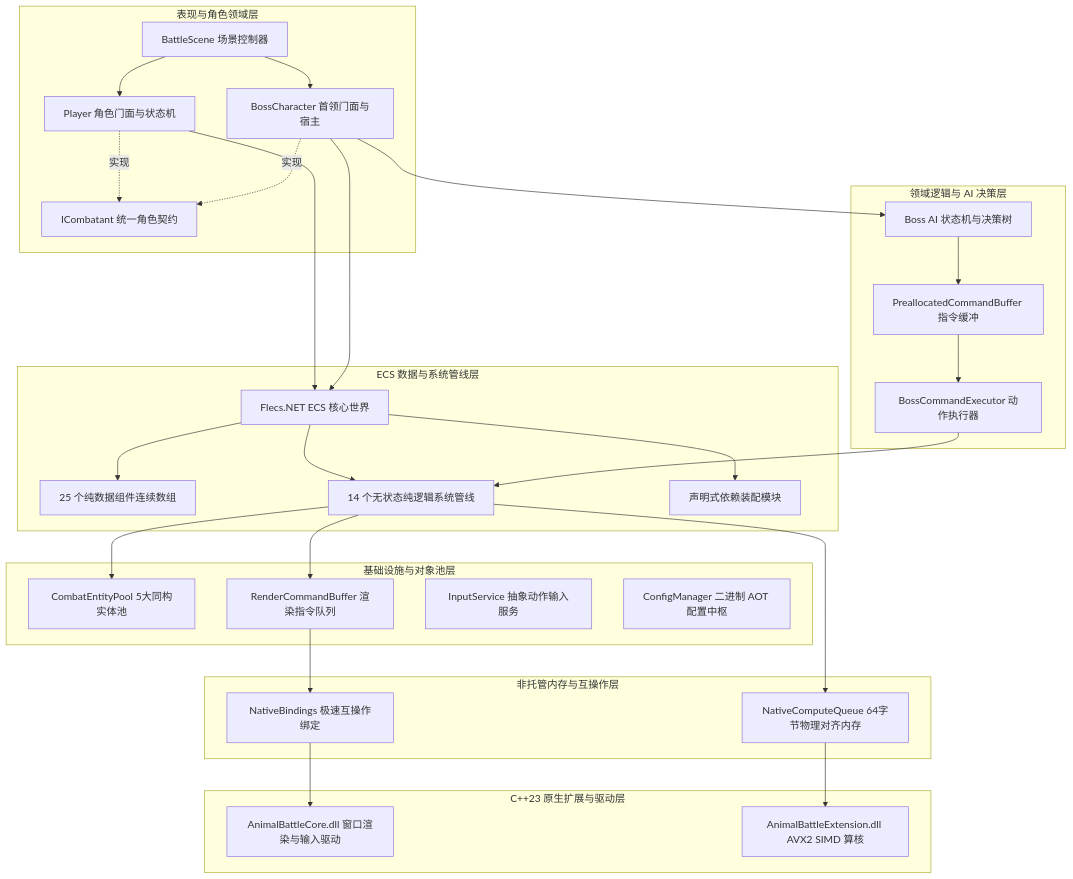
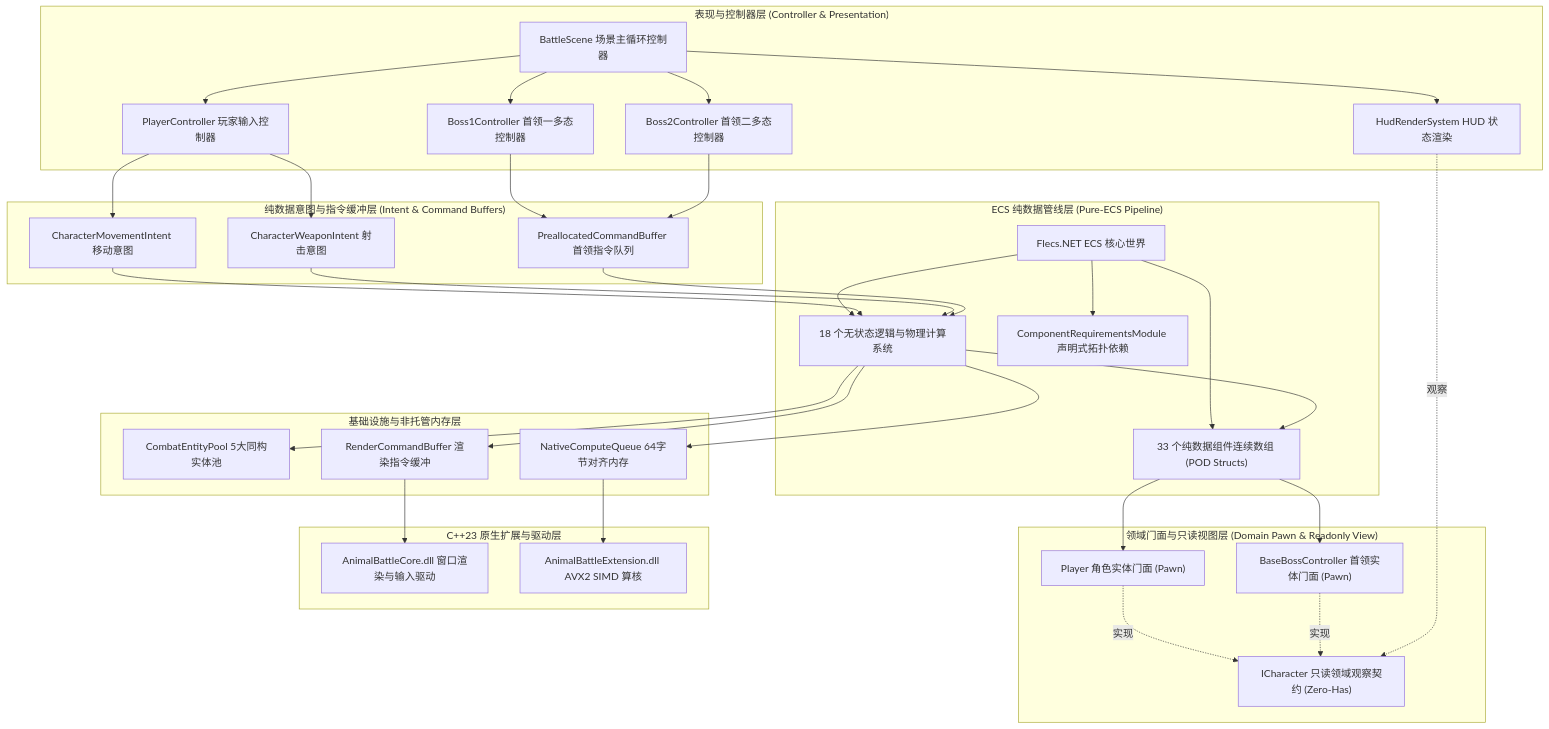
One commit to MeiTozawa/AnimalBattle changed the first of 3 diagrams in ARCHITECTURE_zh.md. Above: the diagram before and after it, drawn with Mermaid. The commit also changed other lines of this file, not shown here.

````diff
--- a/ARCHITECTURE_zh.md
+++ b/ARCHITECTURE_zh.md
@@ -11,58 +11,66 @@
 ```mermaid
 flowchart TD
-    subgraph Layer5["表现与角色领域层"]
-        BattleScene["BattleScene 场景控制器"]
-        ICombatant["ICombatant 统一角色契约"]
-        Player["Player 角色门面与状态机"]
-        Boss["BossCharacter 首领门面与宿主"]
-        Player -.实现.-> ICombatant
-        Boss -.实现.-> ICombatant
-        BattleScene --> Player
-        BattleScene --> Boss
+    subgraph Layer5["表现与控制器层 (Controller & Presentation)"]
+        BattleScene["BattleScene 场景主循环控制器"]
+        PlayerCtrl["PlayerController 玩家输入控制器"]
+        Boss1Ctrl["Boss1Controller 首领一多态控制器"]
+        Boss2Ctrl["Boss2Controller 首领二多态控制器"]
+        HudSystem["HudRenderSystem HUD 状态渲染"]
+        BattleScene --> PlayerCtrl
+        BattleScene --> Boss1Ctrl
+        BattleScene --> Boss2Ctrl
+        BattleScene --> HudSystem
     end
 
-    subgraph Layer4["领域逻辑与 AI 决策层"]
-        AISystem["Boss AI 状态机与决策树"]
-        CmdBuffer["PreallocatedCommandBuffer 指令缓冲"]
-        Executor["BossCommandExecutor 动作执行器"]
-        AISystem --> CmdBuffer --> Executor
-        Boss --> AISystem
+    subgraph Layer4["纯数据意图与指令缓冲层 (Intent & Command Buffers)"]
+        MoveIntent["CharacterMovementIntent 移动意图"]
+        WeaponIntent["CharacterWeaponIntent 射击意图"]
+        CmdBuffer["PreallocatedCommandBuffer 首领指令队列"]
+        PlayerCtrl --> MoveIntent
+        PlayerCtrl --> WeaponIntent
+        Boss1Ctrl --> CmdBuffer
+        Boss2Ctrl --> CmdBuffer
     end
 
-    subgraph Layer3["ECS 数据与系统管线层"]
+    subgraph Layer3["ECS 纯数据管线层 (Pure-ECS Pipeline)"]
         FlecsWorld["Flecs.NET ECS 核心世界"]
-        Components["25 个纯数据组件连续数组"]
-        Systems["14 个无状态纯逻辑系统管线"]
-        Modules["声明式依赖装配模块"]
+        Components["33 个纯数据组件连续数组 (POD Structs)"]
+        Systems["18 个无状态逻辑与物理计算系统"]
+        Modules["ComponentRequirementsModule 声明式拓扑依赖"]
         FlecsWorld --> Components
         FlecsWorld --> Systems
         FlecsWorld --> Modules
     end
 
-    subgraph Layer2["基础设施与对象池层"]
-        EntityPools["CombatEntityPool 5大同构实体池"]
-        RenderBuffer["RenderCommandBuffer 渲染指令队列"]
-        InputService["InputService 抽象动作输入服务"]
-        ConfigMgr["ConfigManager 二进制 AOT 配置中枢"]
-        Systems --> EntityPools
-        Systems --> RenderBuffer
+    subgraph Layer2["领域门面与只读视图层 (Domain Pawn & Readonly View)"]
+        IChar["ICharacter 只读领域观察契约 (Zero-Has)"]
+        PlayerPawn["Player 角色实体门面 (Pawn)"]
+        BossPawn["BaseBossController 首领实体门面 (Pawn)"]
+        PlayerPawn -.实现.-> IChar
+        BossPawn -.实现.-> IChar
+        HudSystem -.观察.-> IChar
     end
 
-    subgraph Layer1["非托管内存与互操作层"]
-        NativeQueue["NativeComputeQueue 64字节物理对齐内存"]
-        Bindings["NativeBindings 极速互操作绑定"]
+    subgraph Layer1["基础设施与非托管内存层"]
+        EntityPools["CombatEntityPool 5大同构实体池"]
+        NativeQueue["NativeComputeQueue 64字节对齐内存"]
+        RenderBuffer["RenderCommandBuffer 渲染指令缓冲"]
+        Systems --> EntityPools
         Systems --> NativeQueue
-        RenderBuffer --> Bindings
+        Systems --> RenderBuffer
     end
 
     subgraph Layer0["C++23 原生扩展与驱动层"]
         CoreDll["AnimalBattleCore.dll 窗口渲染与输入驱动"]
         ExtDll["AnimalBattleExtension.dll AVX2 SIMD 算核"]
-        Bindings --> CoreDll
+        RenderBuffer --> CoreDll
         NativeQueue --> ExtDll
     end
 
-    Player --> FlecsWorld
-    Boss --> FlecsWorld
-    Executor --> Systems
+    MoveIntent --> Systems
+    WeaponIntent --> Systems
+    CmdBuffer --> Systems
+    Systems --> Components
+    Components --> PlayerPawn
+    Components --> BossPawn
 ```
````
